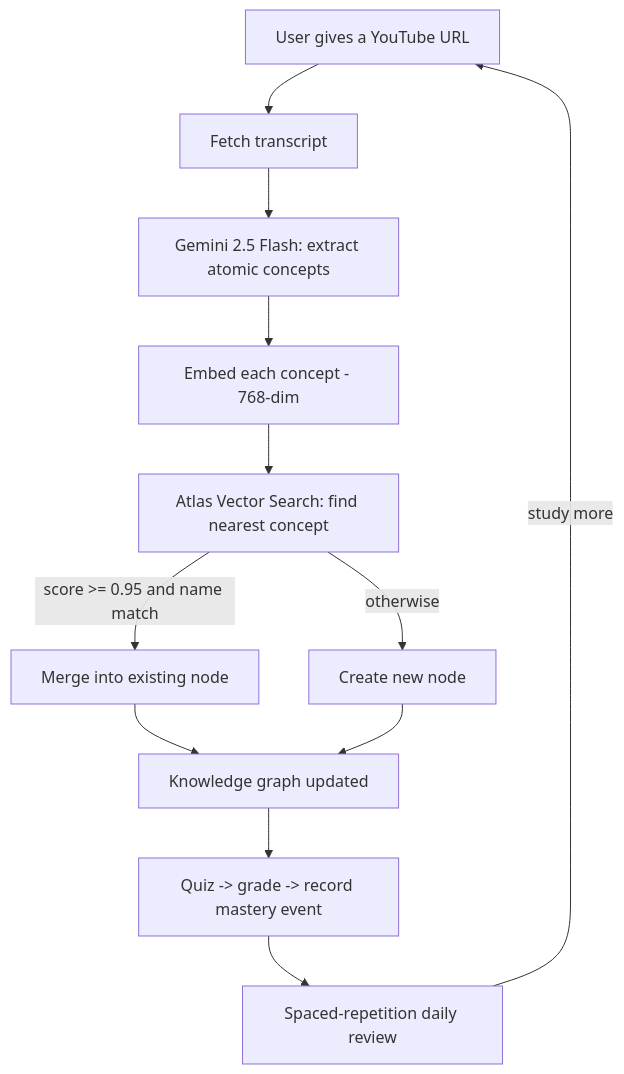
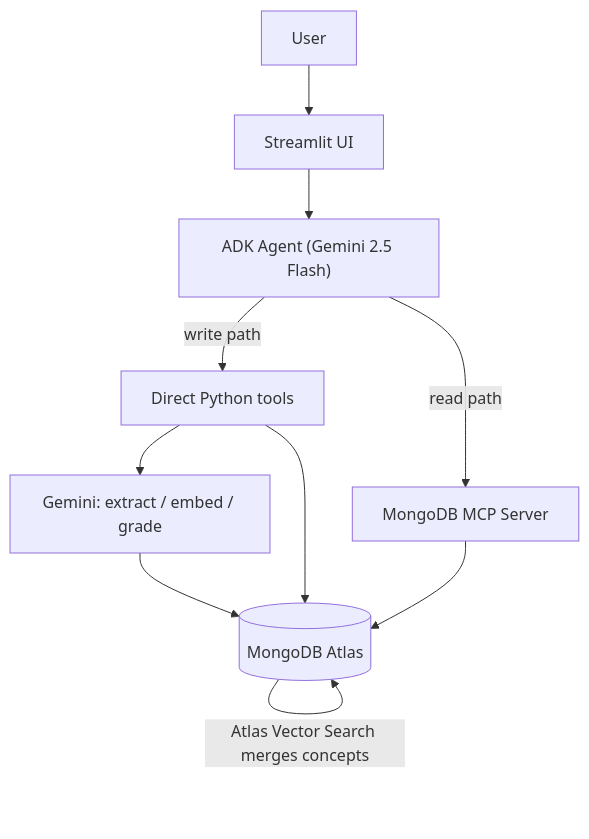
Before and after one commit to vineetKverma/honeycomb-agent: the diagram in README.md, drawn with Mermaid. The commit also changed other lines of this file, not shown here.

````diff
--- a/README.md
+++ b/README.md
@@ -24,14 +36,12 @@
 ```mermaid
 flowchart TD
-    A[User gives a YouTube URL] --> B[Fetch transcript]
-    B --> C[Gemini 2.5 Flash: extract atomic concepts]
-    C --> D[Embed each concept - 768-dim]
-    D --> E[Atlas Vector Search: find nearest concept]
-    E -->|score >= 0.95 and name match| F[Merge into existing node]
-    E -->|otherwise| G[Create new node]
-    F --> H[Knowledge graph updated]
-    G --> H
-    H --> I[Quiz -> grade -> record mastery event]
-    I --> J[Spaced-repetition daily review]
-    J -->|study more| A
+    U[User] --> S[Streamlit UI]
+    S --> A["ADK Agent (Gemini 2.5 Flash)"]
+    A -->|write path| T[Direct Python tools]
+    A -->|read path| M[MongoDB MCP Server]
+    T --> G[Gemini: extract / embed / grade]
+    T --> DB[(MongoDB Atlas)]
+    M --> DB
+    G --> DB
+    DB -->|Atlas Vector Search merges concepts| DB
 ```
````
